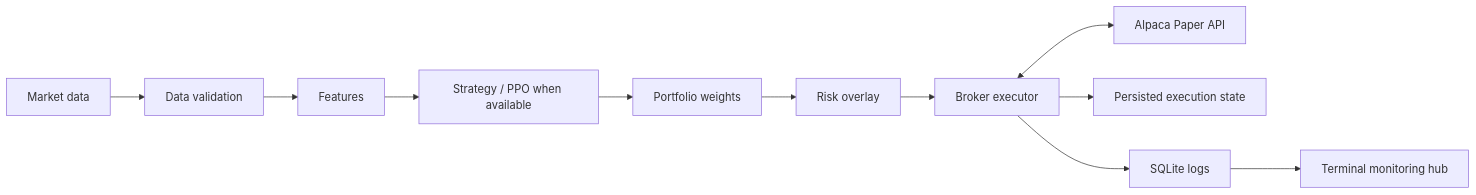
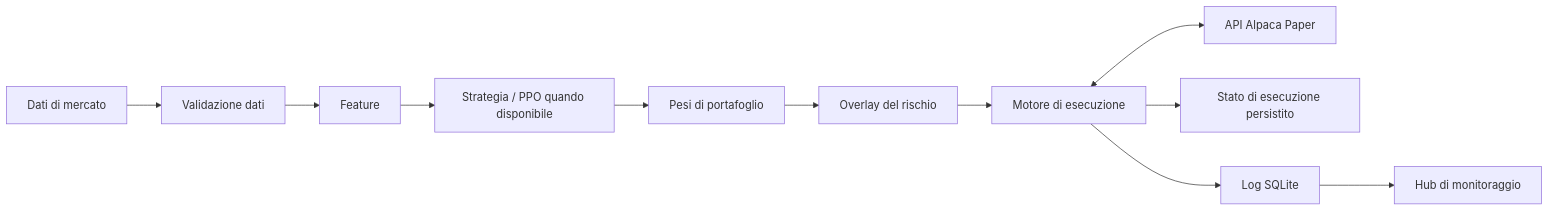
The diagram in README.md (iFabbro/STMAA), drawn with Mermaid before and after one commit. The commit also changed other lines of this file, not shown here.

Commit message:
docs: translate README into Italian and clarify paper-only status

````diff
--- a/README.md
+++ b/README.md
@@ -35,13 +35,13 @@
 ```mermaid
 flowchart LR
-  MD[Market data] --> DV[Data validation]
-  DV --> FE[Features]
-  FE --> ST[Strategy / PPO when available]
-  ST --> PW[Portfolio weights]
-  PW --> RO[Risk overlay]
-  RO --> EX[Broker executor]
-  EX <--> BR[Alpaca Paper API]
-  EX --> PS[Persisted execution state]
-  EX --> LG[SQLite logs]
-  LG --> HUB[Terminal monitoring hub]
+  MD[Dati di mercato] --> DV[Validazione dati]
+  DV --> FE[Feature]
+  FE --> ST[Strategia / PPO quando disponibile]
+  ST --> PW[Pesi di portafoglio]
+  PW --> RO[Overlay del rischio]
+  RO --> EX[Motore di esecuzione]
+  EX <--> BR[API Alpaca Paper]
+  EX --> PS[Stato di esecuzione persistito]
+  EX --> LG[Log SQLite]
+  LG --> HUB[Hub di monitoraggio]
 ```
````
